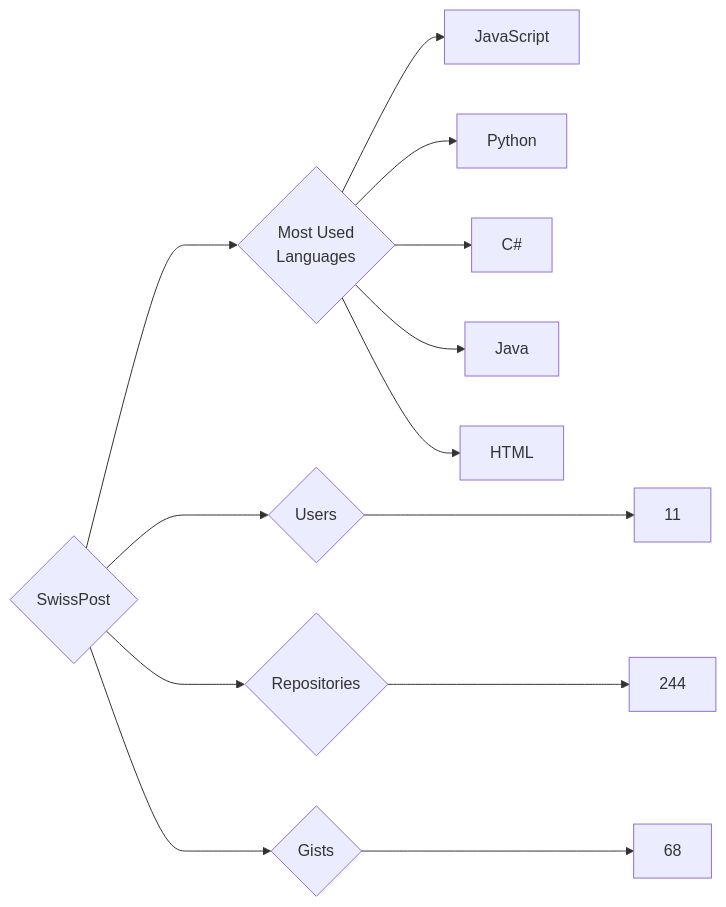
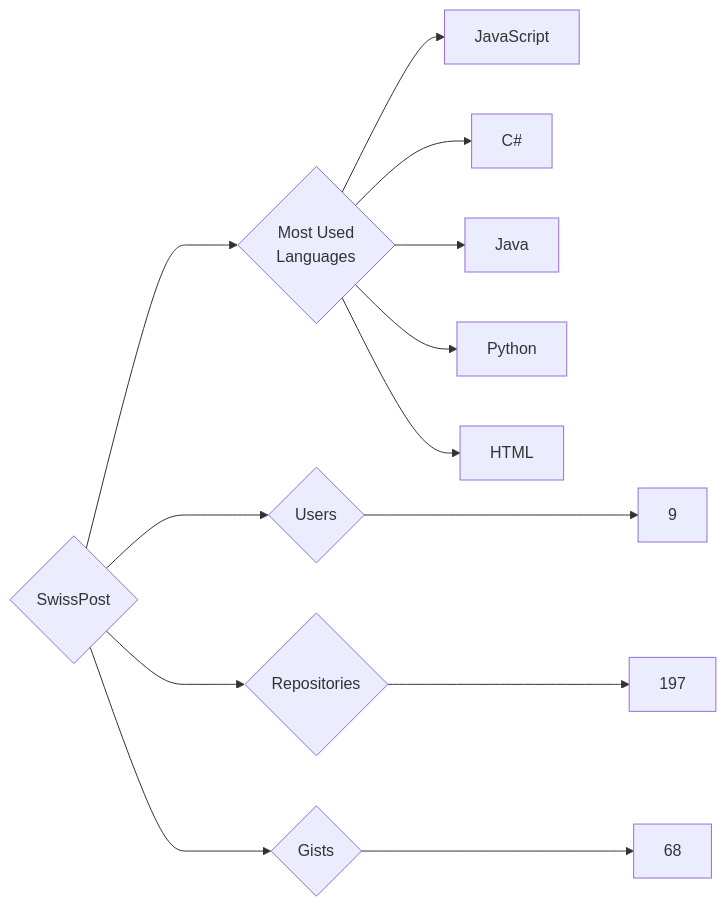
Before and after one commit to trickest/insiders: the diagram in targets/SwissPost/README.md, drawn with Mermaid. The commit also changed 794 other files, not shown here.

````diff
--- a/targets/SwissPost/README.md
+++ b/targets/SwissPost/README.md
@@ -3,13 +3,13 @@
 ```mermaid
 graph LR
 COMPANY_NAME{SwissPost}
-COMPANY_NAME ---> U{Users} ---> UN[11]
-COMPANY_NAME ---> R{Repositories} ---> RN[244]
+COMPANY_NAME ---> U{Users} ---> UN[9]
+COMPANY_NAME ---> R{Repositories} ---> RN[197]
 COMPANY_NAME ---> G{Gists} ---> GN[68]
 COMPANY_NAME ---> ML{Most Used<br>Languages}
 ML --> JavaScript[JavaScript]
-ML --> Python[Python]
 ML --> C#[C#]
 ML --> Java[Java]
+ML --> Python[Python]
 ML --> HTML[HTML]
 ```
````
